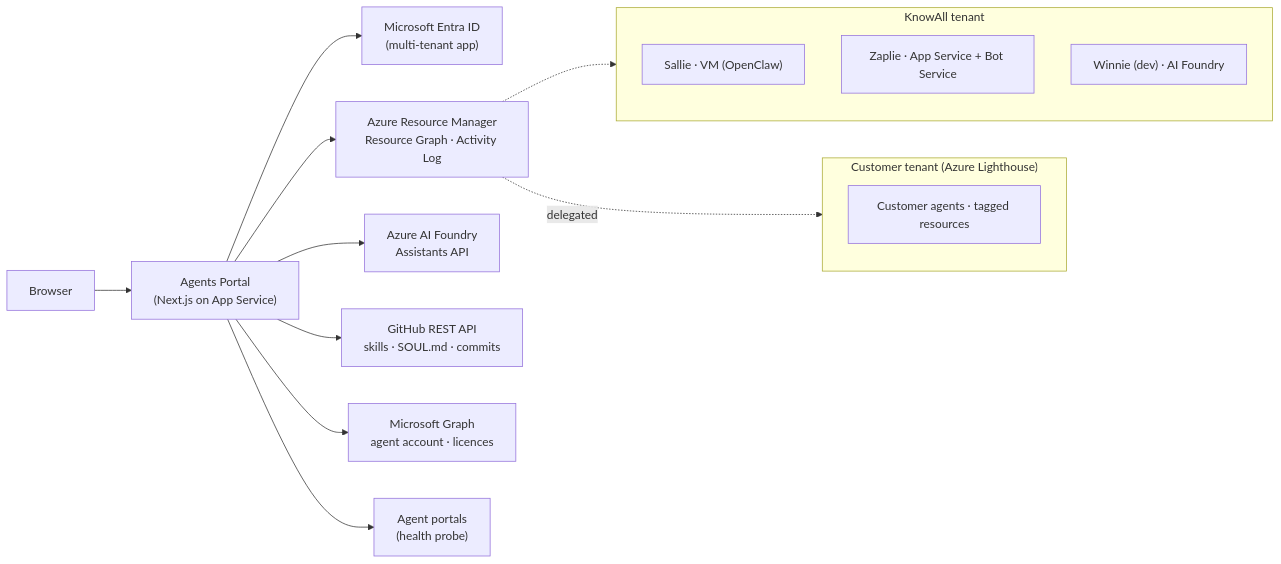
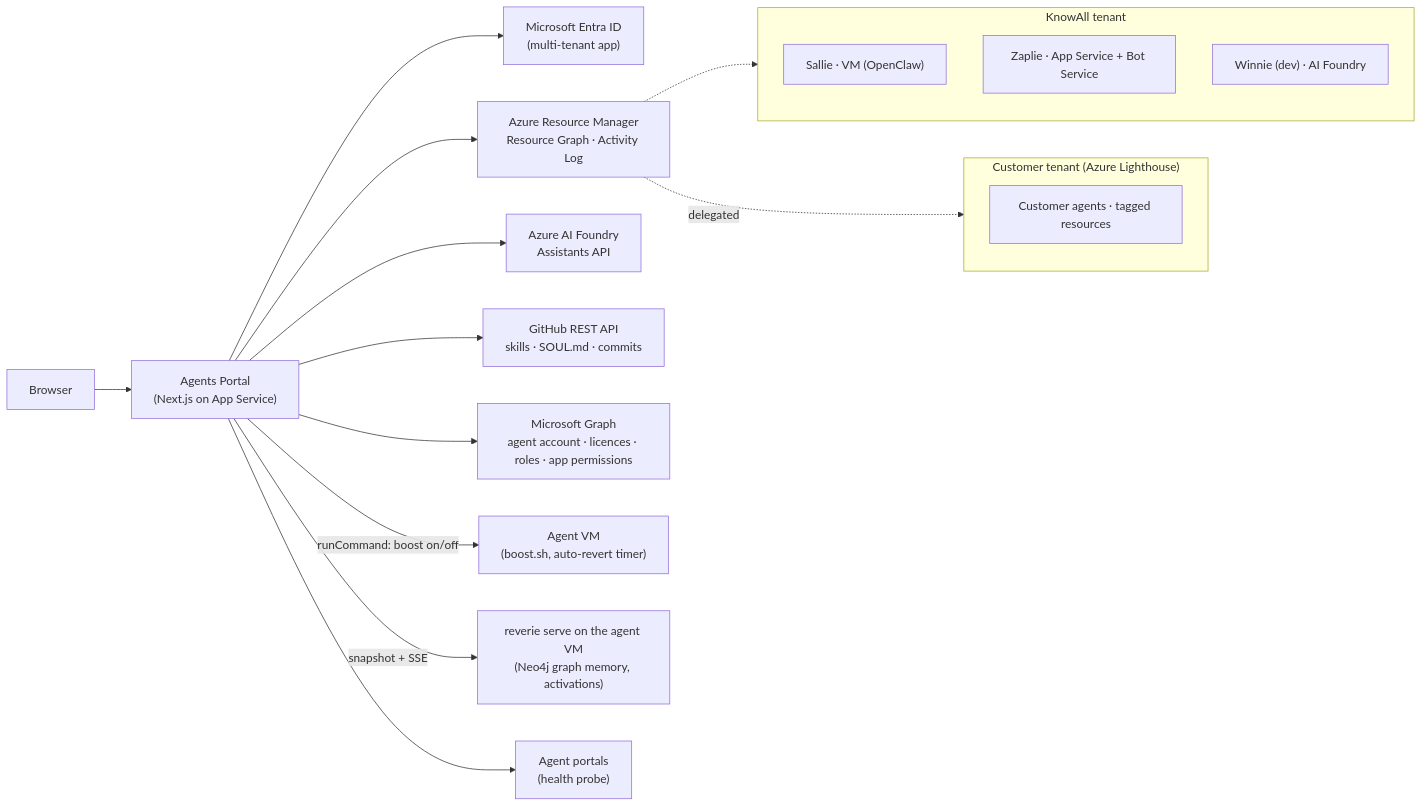
The diagram in docs/SOLUTION_DESIGN.adoc (knowall-ai/agents-portal), drawn with Mermaid before and after one commit. The commit also changed 52 other files, not shown here.

First line of the commit message:
feat: Brain tab — the agent's Reverie graph memory, live (#7)

```diff
--- a/docs/SOLUTION_DESIGN.adoc
+++ b/docs/SOLUTION_DESIGN.adoc
@@ -14,22 +14,24 @@
 [mermaid]
 ....
 flowchart LR
     Browser["Browser"] --> App["Agents Portal<br/>(Next.js on App Service)"]
     App --> Entra["Microsoft Entra ID<br/>(multi-tenant app)"]
     App --> ARM["Azure Resource Manager<br/>Resource Graph · Activity Log"]
     App --> Foundry["Azure AI Foundry<br/>Assistants API"]
     App --> GitHub["GitHub REST API<br/>skills · SOUL.md · commits"]
-    App --> Graph["Microsoft Graph<br/>agent account · licences"]
+    App --> Graph["Microsoft Graph<br/>agent account · licences · roles · app permissions"]
+    App -->|runCommand: boost on/off| VM["Agent VM<br/>(boost.sh, auto-revert timer)"]
+    App -->|snapshot + SSE| Reverie["reverie serve on the agent VM<br/>(Neo4j graph memory, activations)"]
     App --> Portal["Agent portals<br/>(health probe)"]
 
     subgraph KnowAll["KnowAll tenant"]
         Sallie["Sallie · VM (OpenClaw)"]
         Zaplie["Zaplie · App Service + Bot Service"]
         Winnie["Winnie (dev) · AI Foundry"]
     end
     subgraph Customer["Customer tenant (Azure Lighthouse)"]
         CustomerAgents["Customer agents · tagged resources"]
     end
     ARM -.-> KnowAll
     ARM -.->|delegated| Customer
 ....
```
